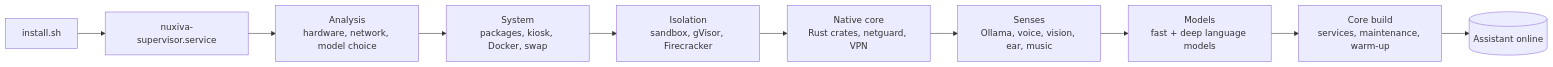
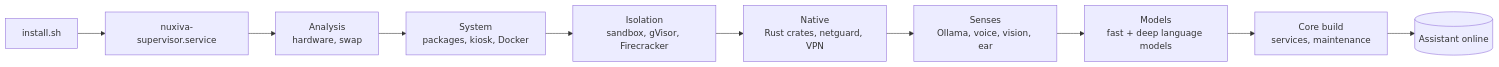
One commit to AprileNunzio/Nuxiva changed the first of 2 diagrams in README.md. Above: the diagram before and after it, drawn with Mermaid. The commit also changed other lines of this file, not shown here.

````diff
--- a/README.md
+++ b/README.md
@@ -76,12 +58,12 @@
 ```mermaid
 flowchart LR
     A[install.sh] --> B[nuxiva-supervisor.service]
-    B --> C[Analysis<br/>hardware, network, model choice]
-    C --> D[System<br/>packages, kiosk, Docker, swap]
+    B --> C[Analysis<br/>hardware, swap]
+    C --> D[System<br/>packages, kiosk, Docker]
     D --> E[Isolation<br/>sandbox, gVisor, Firecracker]
-    E --> F[Native core<br/>Rust crates, netguard, VPN]
-    F --> G[Senses<br/>Ollama, voice, vision, ear, music]
+    E --> F[Native<br/>Rust crates, netguard, VPN]
+    F --> G[Senses<br/>Ollama, voice, vision, ear]
     G --> H[Models<br/>fast + deep language models]
-    H --> I[Core build<br/>services, maintenance, warm-up]
+    H --> I[Core build<br/>services, maintenance]
     I --> J[(Assistant online)]
 ```
````
